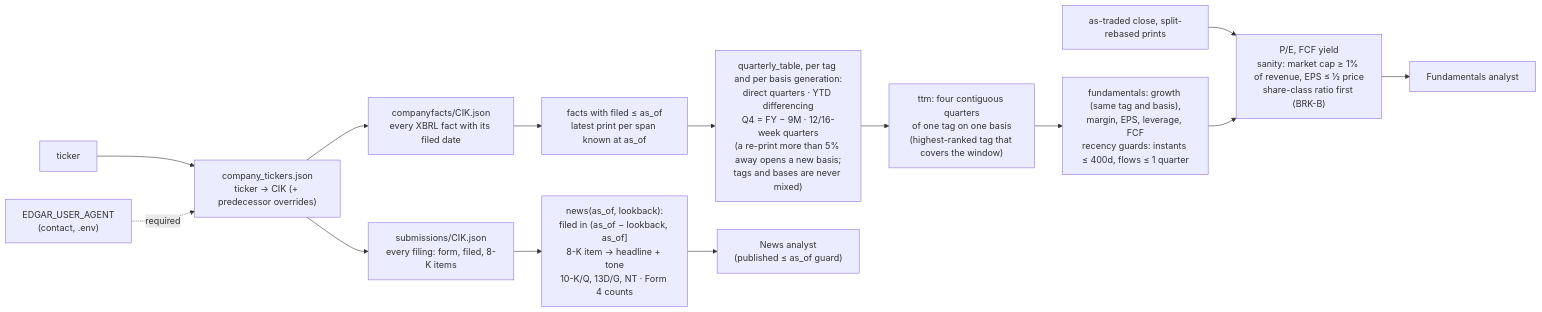
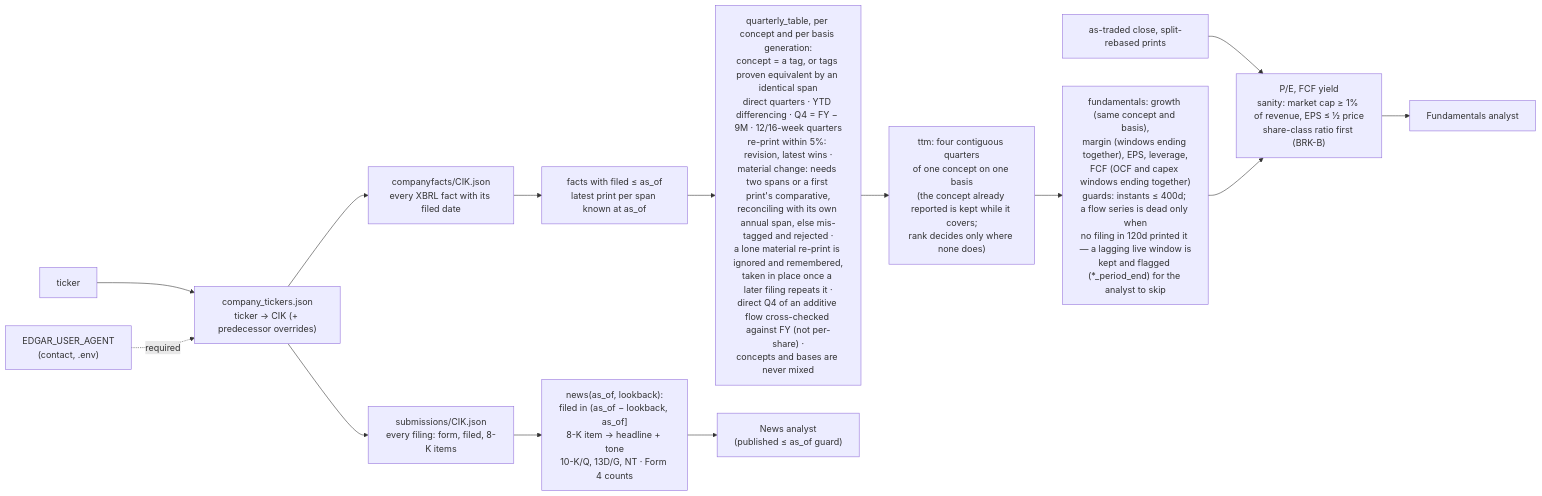
One commit to AshJha0/agentic-trader changed diagram 28 of 30 in docs/DIAGRAMS.md. Above: the diagram before and after it, drawn with Mermaid. The commit also changed other lines of this file and 18 other files, not shown here.

````diff
--- a/docs/DIAGRAMS.md
+++ b/docs/DIAGRAMS.md
@@ -799,16 +799,16 @@
 ```mermaid
 flowchart LR
     T["ticker"] --> CIK["company_tickers.json<br/>ticker → CIK (+ predecessor overrides)"]
     CIK --> SUB["submissions/CIK.json<br/>every filing: form, filed, 8-K items"]
     CIK --> FACTS["companyfacts/CIK.json<br/>every XBRL fact with its filed date"]
     SUB --> NEWS["news(as_of, lookback):<br/>filed in (as_of − lookback, as_of]<br/>8-K item → headline + tone<br/>10-K/Q, 13D/G, NT · Form 4 counts"]
     FACTS --> KNOWN["facts with filed ≤ as_of<br/>latest print per span known at as_of"]
-    KNOWN --> Q["quarterly_table, per tag and per basis generation:<br/>direct quarters · YTD differencing<br/>Q4 = FY − 9M · 12/16-week quarters<br/>(a re-print more than 5% away opens a new basis;<br/>tags and bases are never mixed)"]
-    Q --> TTM["ttm: four contiguous quarters<br/>of one tag on one basis<br/>(highest-ranked tag that covers the window)"]
-    TTM --> F["fundamentals: growth (same tag and basis),<br/>margin, EPS, leverage, FCF<br/>recency guards: instants ≤ 400d, flows ≤ 1 quarter"]
+    KNOWN --> Q["quarterly_table, per concept and per basis generation:<br/>concept = a tag, or tags proven equivalent by an identical span<br/>direct quarters · YTD differencing · Q4 = FY − 9M · 12/16-week quarters<br/>re-print within 5%: revision, latest wins ·<br/>material change: needs two spans or a first print's comparative,<br/>reconciling with its own annual span, else mis-tagged and rejected ·<br/>a lone material re-print is ignored and remembered,<br/>taken in place once a later filing repeats it ·<br/>direct Q4 of an additive flow cross-checked against FY (not per-share) ·<br/>concepts and bases are never mixed"]
+    Q --> TTM["ttm: four contiguous quarters<br/>of one concept on one basis<br/>(the concept already reported is kept while it covers;<br/>rank decides only where none does)"]
+    TTM --> F["fundamentals: growth (same concept and basis),<br/>margin (windows ending together), EPS, leverage,<br/>FCF (OCF and capex windows ending together)<br/>guards: instants ≤ 400d; a flow series is dead only when<br/>no filing in 120d printed it — a lagging live window is<br/>kept and flagged (*_period_end) for the analyst to skip"]
     PX["as-traded close, split-rebased prints"] --> F2["P/E, FCF yield<br/>sanity: market cap ≥ 1% of revenue, EPS ≤ ½ price<br/>share-class ratio first (BRK-B)"]
     F --> F2
     F2 --> FA["Fundamentals analyst"]
     NEWS --> NA["News analyst<br/>(published ≤ as_of guard)"]
     UA["EDGAR_USER_AGENT<br/>(contact, .env)"] -.required.-> CIK
 ```
````
